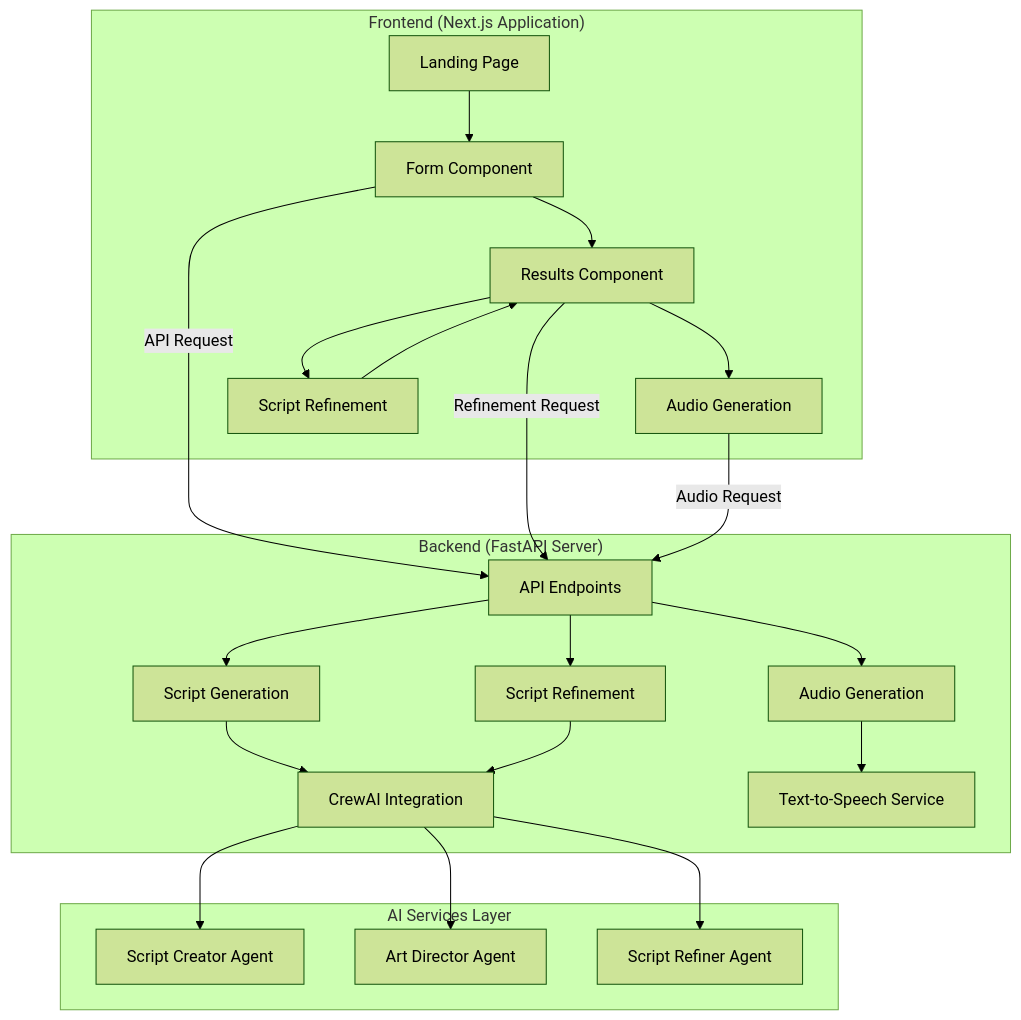
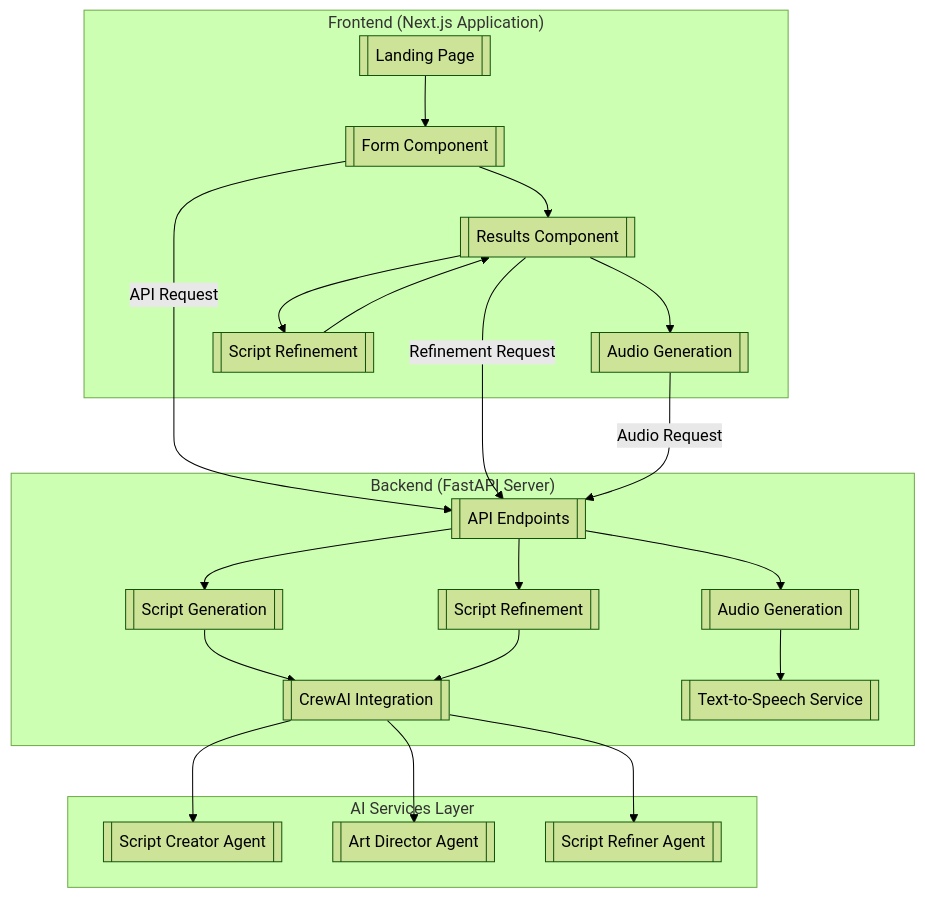
One commit to abhivir-42/marketing-app-ad-gen changed the first of 7 diagrams in project-presentation.md. Above: the diagram before and after it, drawn with Mermaid (forest theme). The commit also changed other lines of this file, not shown here.

Commit message:
Fix: Text truncation in diagrams

````diff
--- a/project-presentation.md
+++ b/project-presentation.md
@@ -53,29 +53,29 @@
 ```mermaid
 graph TB
     subgraph "Frontend (Next.js Application)"
-        A["Landing Page"] --> B["Form Component"]
-        B --> C["Results Component"]
-        C --> D["Audio Generation"]
-        C --> E["Script Refinement"]
+        A[["Landing Page"]] --> B[["Form Component"]]
+        B --> C[["Results Component"]]
+        C --> D[["Audio Generation"]]
+        C --> E[["Script Refinement"]]
         E --> C
     end
     
     subgraph "Backend (FastAPI Server)"
-        F["API Endpoints"] --> G["Script Generation"]
-        F --> H["Script Refinement"]
-        F --> I["Audio Generation"]
-        G --> J["CrewAI Integration"]
+        F[["API Endpoints"]] --> G[["Script Generation"]]
+        F --> H[["Script Refinement"]]
+        F --> I[["Audio Generation"]]
+        G --> J[["CrewAI Integration"]]
         H --> J
-        I --> K["Text-to-Speech Service"]
+        I --> K[["Text-to-Speech Service"]]
     end
     
     subgraph "AI Services Layer"
-        J --> L["Script Creator Agent"]
-        J --> M["Art Director Agent"]
-        J --> N["Script Refiner Agent"]
+        J --> L[["Script Creator Agent"]]
+        J --> M[["Art Director Agent"]]
+        J --> N[["Script Refiner Agent"]]
     end
     
     B -->|"API Request"| F
     C -->|"Refinement Request"| F
     D -->|"Audio Request"| F
 ```
````
